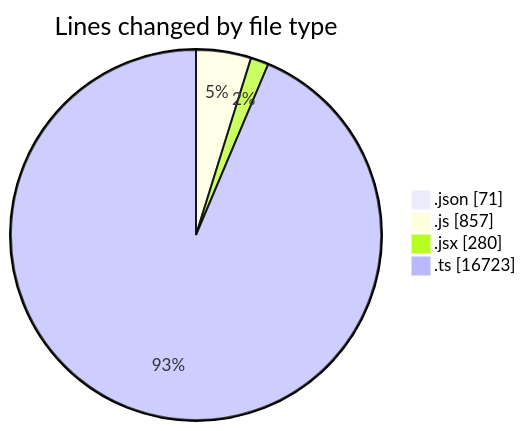
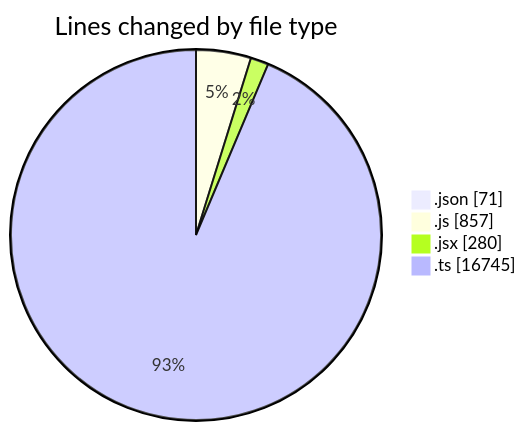
Before and after one commit to momahboobian/code-tracking: the first of 2 diagrams in 2025-05-13/cda/README.md, drawn with Mermaid. The commit also changed other lines of this file and 1 other file, not shown here.

````diff
--- a/2025-05-13/cda/README.md
+++ b/2025-05-13/cda/README.md
@@ -31,8 +31,8 @@
 ```mermaid
 pie showData
 title Lines changed by file type
 ".json" : 71
 ".js" : 857
 ".jsx" : 280
-".ts" : 16723
+".ts" : 16745
 ```
````
